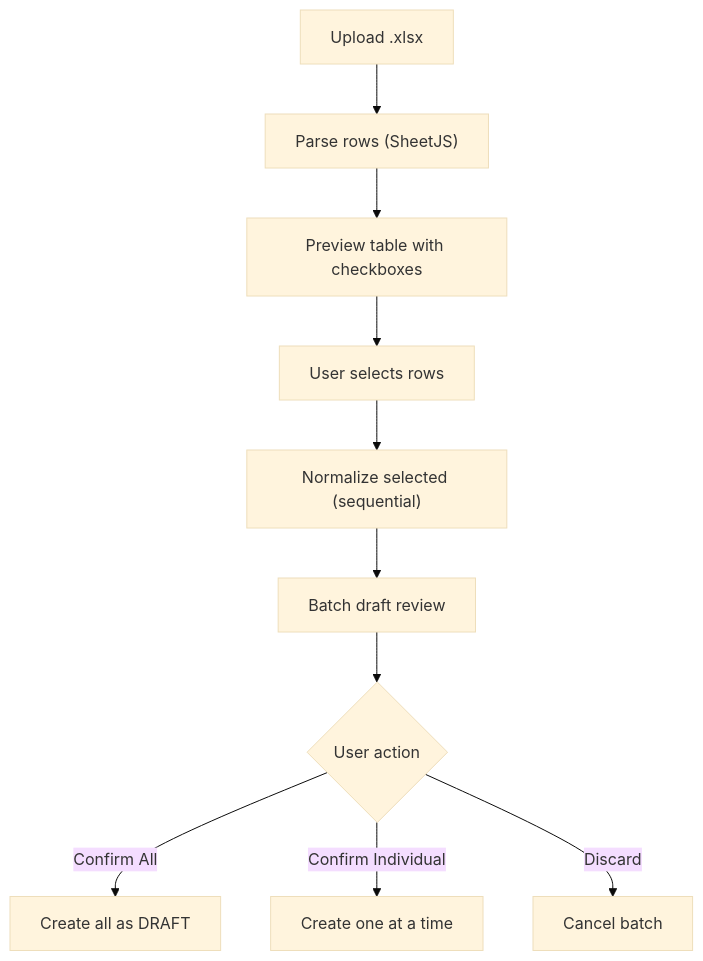
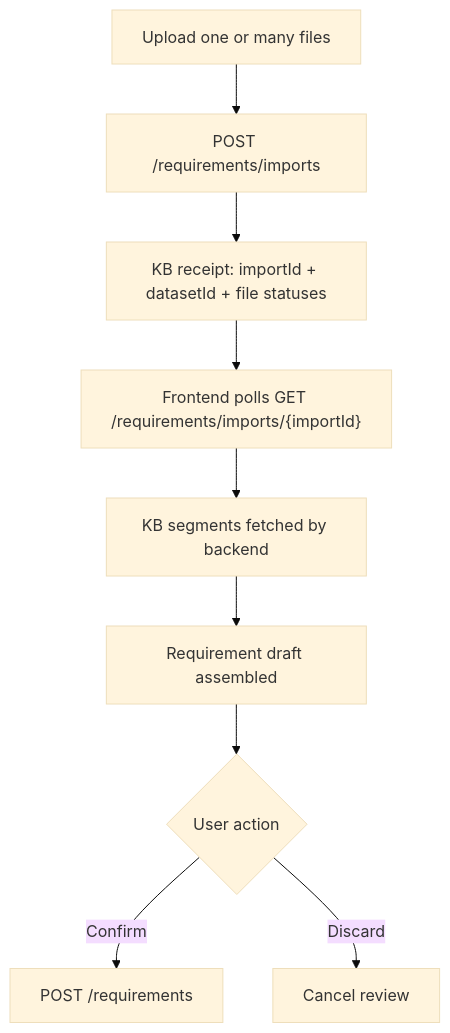
The fifth of 12 diagrams in docs/04-architecture/requirement-architecture.md (wwa-lab/Agentic-SDLC-Control-Tower), drawn with Mermaid (base theme) before and after one commit. The commit also changed other lines of this file and 95 other files, not shown here.

Commit message:
feat: add kb-backed requirement intake flow

````diff
--- a/docs/04-architecture/requirement-architecture.md
+++ b/docs/04-architecture/requirement-architecture.md
@@ -225,12 +234,11 @@
 ```mermaid
 graph TD
-    A["Upload .xlsx"] --> B["Parse rows (SheetJS)"]
-    B --> C["Preview table with checkboxes"]
-    C --> D["User selects rows"]
-    D --> E["Normalize selected (sequential)"]
-    E --> F["Batch draft review"]
+    A["Upload one or many files"] --> B["POST /requirements/imports"]
+    B --> C["KB receipt: importId + datasetId + file statuses"]
+    C --> D["Frontend polls GET /requirements/imports/{importId}"]
+    D --> E["KB segments fetched by backend"]
+    E --> F["Requirement draft assembled"]
     F --> G{"User action"}
-    G -->|"Confirm All"| H["Create all as DRAFT"]
-    G -->|"Confirm Individual"| I["Create one at a time"]
-    G -->|"Discard"| J["Cancel batch"]
+    G -->|"Confirm"| H["POST /requirements"]
+    G -->|"Discard"| I["Cancel review"]
 ```
````
